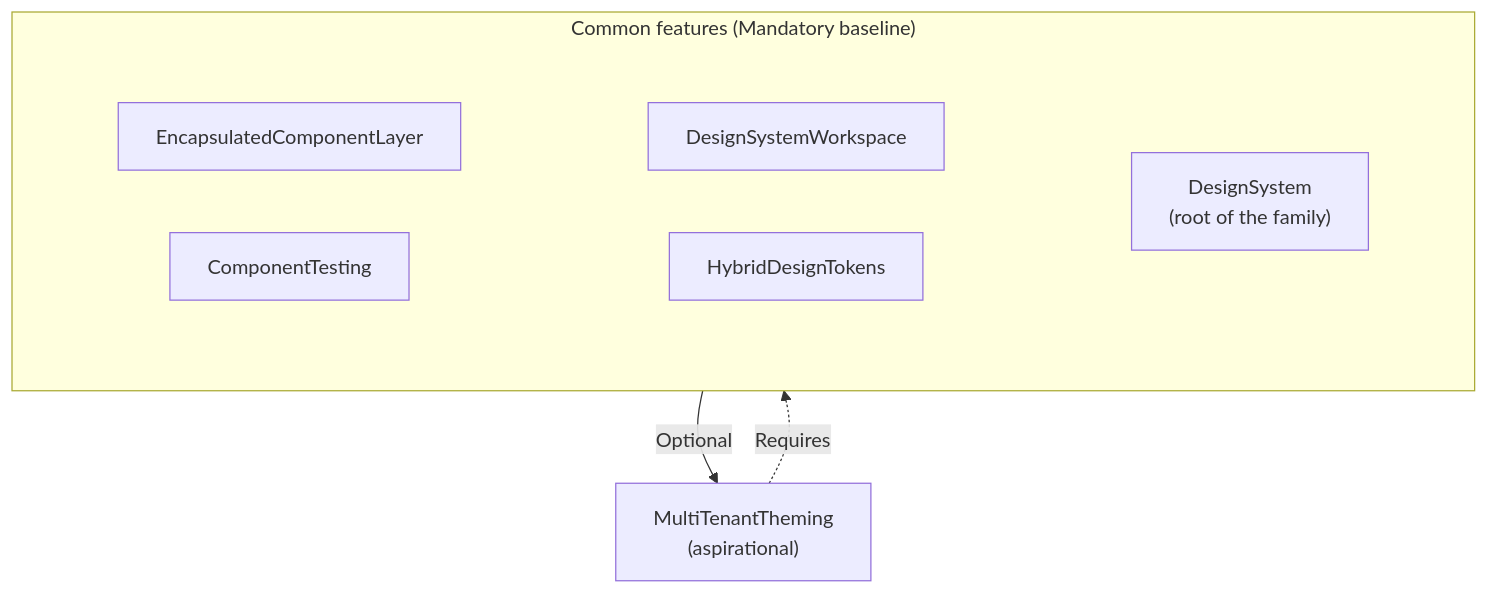
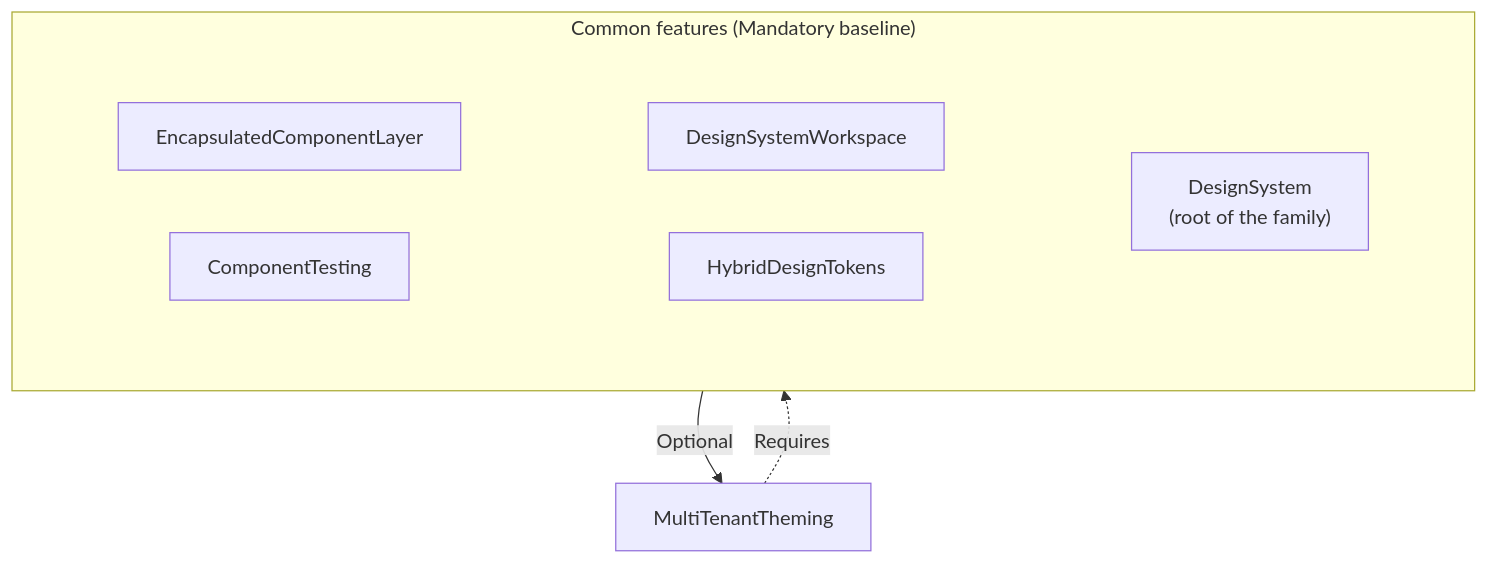
The diagram in skills/angular/architecture/v3.1/design-system/feature/diagrams/feature-diagram.mmd (InsonusK/ai-skills), drawn with Mermaid before and after one commit. The commit also changed 85 other files, not shown here.

```diff
--- a/skills/angular/architecture/v3.1/design-system/feature/diagrams/feature-diagram.mmd
+++ b/skills/angular/architecture/v3.1/design-system/feature/diagrams/feature-diagram.mmd
@@ -1,25 +1,25 @@
 graph TD
     subgraph Common["Common features (Mandatory baseline)"]
         direction TB
         subgraph Row1[" "]
             direction LR
             DS["DesignSystem<br/>(root of the family)"]
         end
         subgraph Row2[" "]
             direction LR
             WS["DesignSystemWorkspace"]
             TOK["HybridDesignTokens"]
         end
         subgraph Row3[" "]
             direction LR
             COMP["EncapsulatedComponentLayer"]
             CT["ComponentTesting"]
         end
     end
     style Row1 fill:none,stroke:none
     style Row2 fill:none,stroke:none
     style Row3 fill:none,stroke:none
 
-    Common -->|Optional| MTT["MultiTenantTheming<br/>(aspirational)"]
+    Common -->|Optional| MTT["MultiTenantTheming"]
 
-    MTT -. "Requires" .-> TOK
+    MTT -. Requires .-> TOK
```
